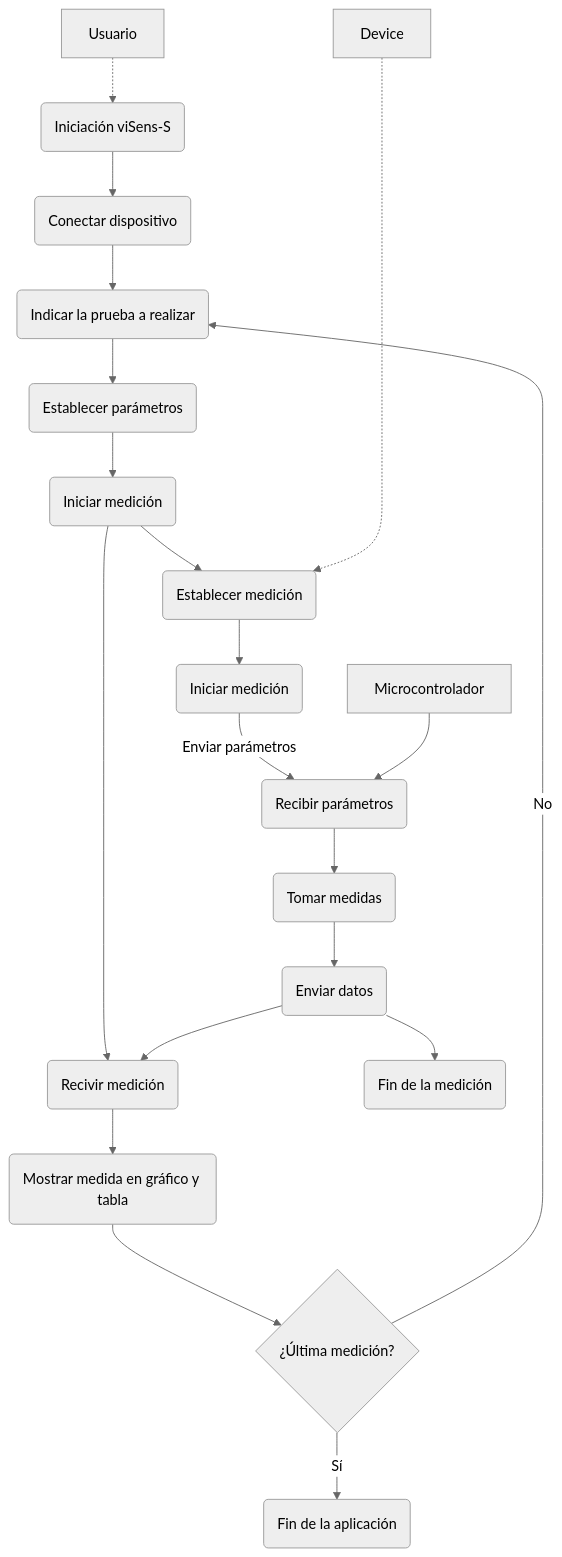
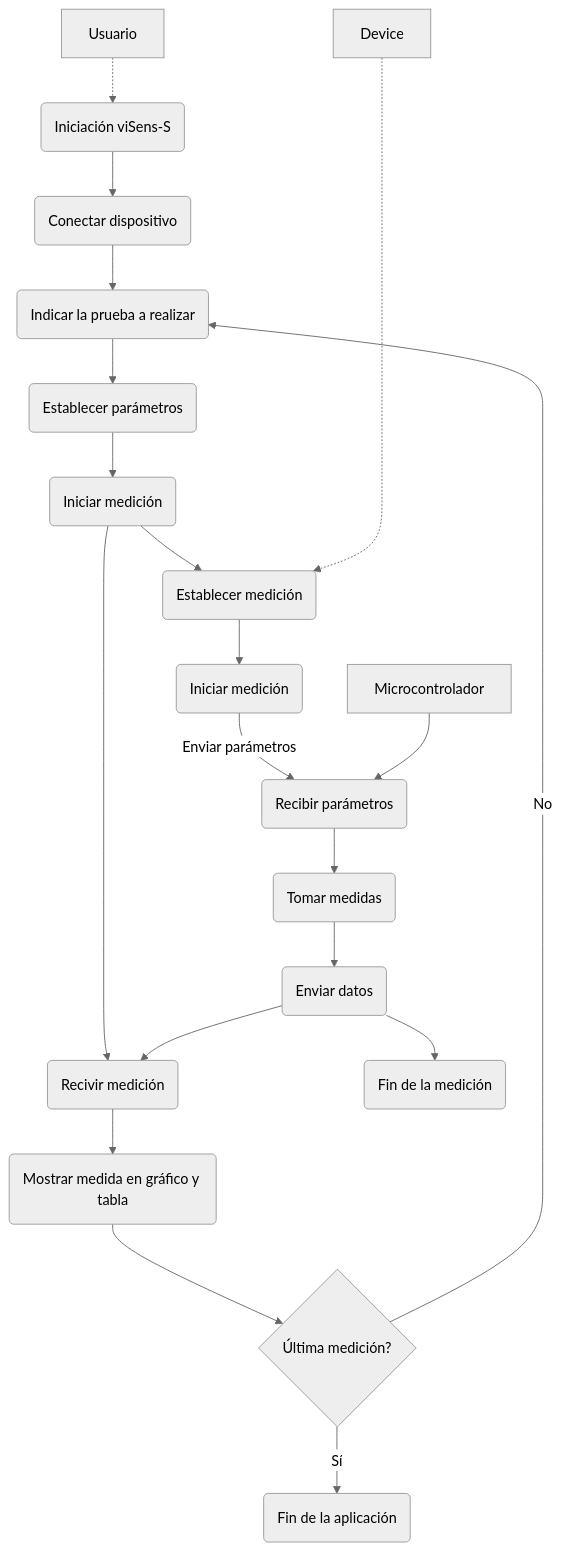
One commit to Biomedical-Electronics/masbstat-arlevino_grc32 changed the second of 5 diagrams in Docs/REPORT_ES.md. Above: the diagram before and after it, drawn with Mermaid (neutral theme). The commit also changed other lines of this file and 1 other file, not shown here.

Commit message:
image files updated and '¿' character taken out from mermaid graphs.

````diff
--- a/Docs/REPORT_ES.md
+++ b/Docs/REPORT_ES.md
@@ -264,24 +264,24 @@
  ```mermaid
   graph TD
     A[Usuario] -.-> B(Iniciación viSens-S)
     B --> C(Conectar dispositivo)
     C --> D(Indicar la prueba a realizar)
     D --> E(Establecer parámetros)
     E --> F(Iniciar medición)
     F --> P
     P --> G(Iniciar medición)
     F --> K(Recivir medición)
     K --> L(Mostrar medida en gráfico y tabla)
-    L --> M{¿Última medición?}
+    L --> M{Última medición?}
     M --> |Sí|N(Fin de la aplicación)
     M --> |No|D
     G --> |Enviar parámetros|I
 
     H[Microcontrolador] --> I(Recibir parámetros)
     I --> J(Tomar medidas)
     J --> Q(Enviar datos)
     Q --> K
     Q --> R(Fin de la medición)
 
     O[Device] -......->P(Establecer medición)
 ```
````
